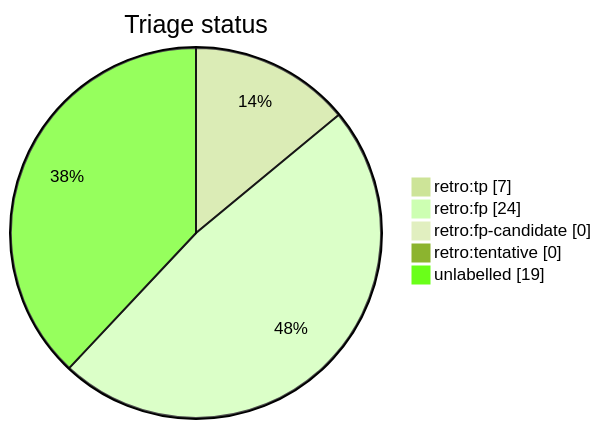
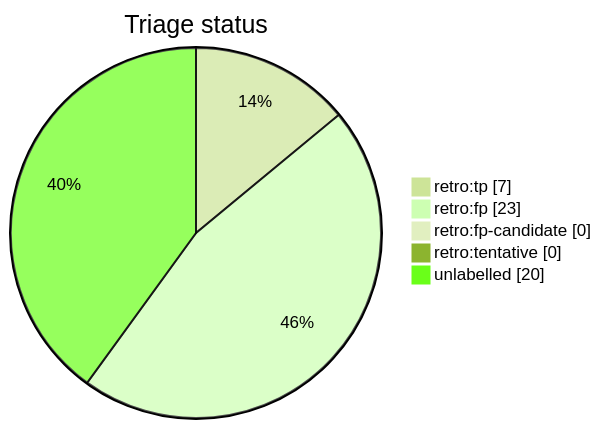
Before and after one commit to tvna/claude-md: the diagram in docs/generated/scripts/auto-retro-triage-report.md, drawn with Mermaid (forest theme). The commit also changed other lines of this file, not shown here.

First line of the commit message:
chore(auto-retro): refresh triage report

````diff
--- a/docs/generated/scripts/auto-retro-triage-report.md
+++ b/docs/generated/scripts/auto-retro-triage-report.md
@@ -15,9 +15,9 @@
 ```mermaid
 pie showData
     title Triage status
     "retro:tp" : 7
-    "retro:fp" : 24
+    "retro:fp" : 23
     "retro:fp-candidate" : 0
     "retro:tentative" : 0
-    "unlabelled" : 19
+    "unlabelled" : 20
 ```
````
